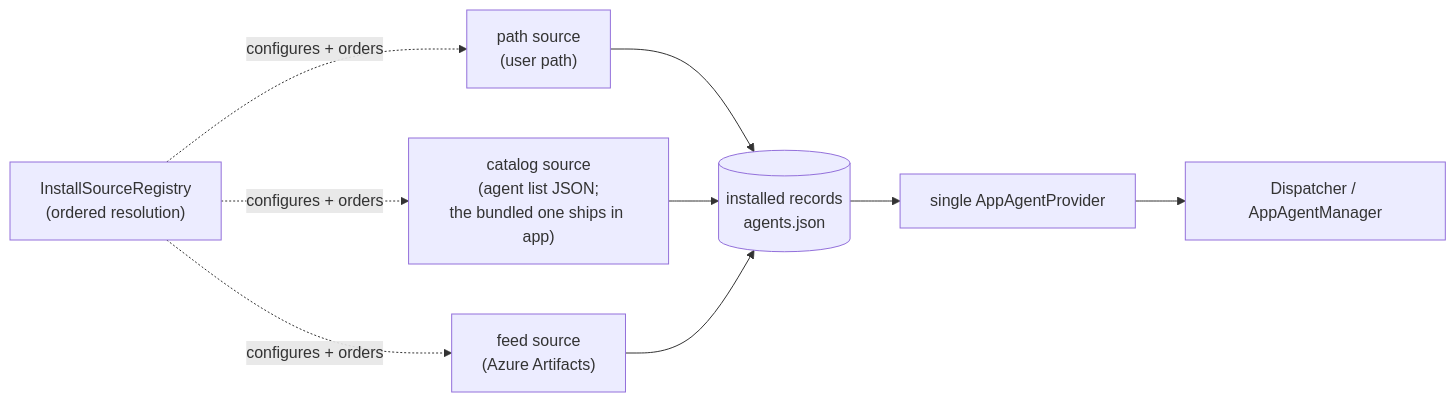
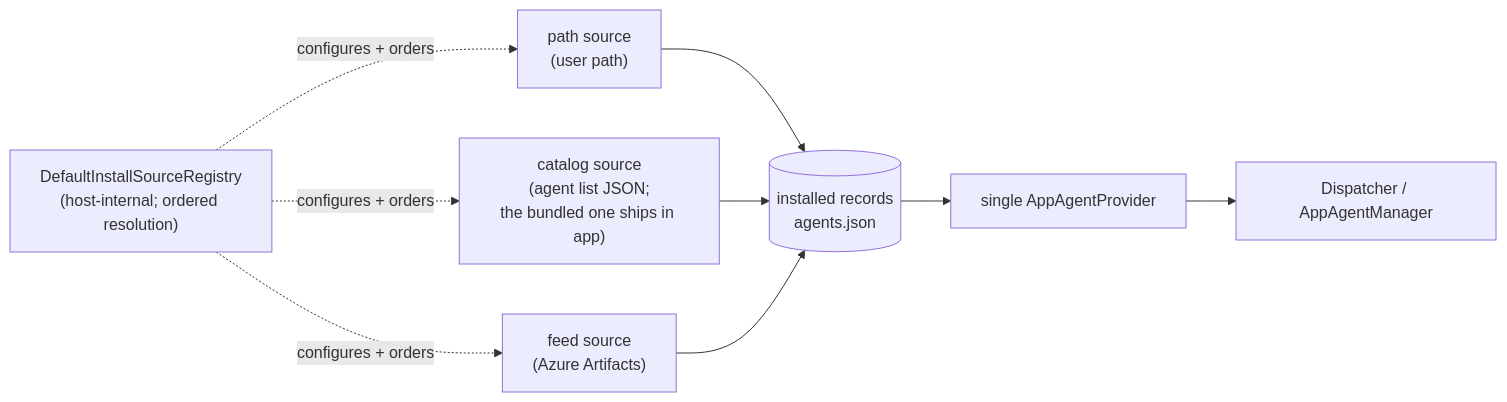
One commit to microsoft/TypeAgent changed the first of 5 diagrams in ts/docs/design/agentInstallSource/DESIGN.md. Above: the diagram before and after it, drawn with Mermaid. The commit also changed other lines of this file and 18 other files, not shown here.

First line of the commit message:
Host owns the entire @source surface and install-record types

````diff
--- a/ts/docs/design/agentInstallSource/DESIGN.md
+++ b/ts/docs/design/agentInstallSource/DESIGN.md
@@ -25,8 +25,8 @@
 ```mermaid
 flowchart LR
     path["path source<br/>(user path)"] --> rec[(installed records<br/>agents.json)]
     repo["catalog source<br/>(agent list JSON;<br/>the bundled one ships in app)"] --> rec
     feed["feed source<br/>(Azure Artifacts)"] --> rec
     rec --> prov["single AppAgentProvider"] --> disp[Dispatcher / AppAgentManager]
-    reg["InstallSourceRegistry<br/>(ordered resolution)"] -.configures + orders.-> path & repo & feed
+    reg["DefaultInstallSourceRegistry<br/>(host-internal; ordered resolution)"] -.configures + orders.-> path & repo & feed
 ```
````
